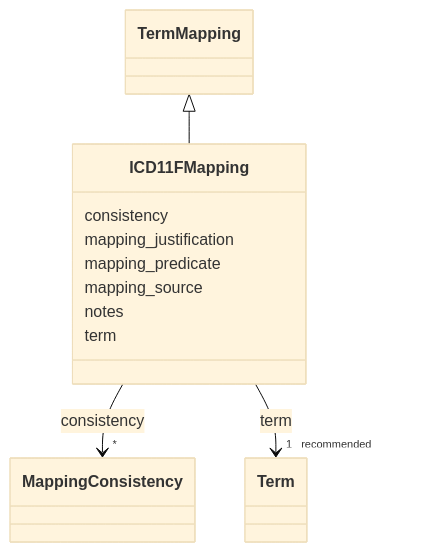
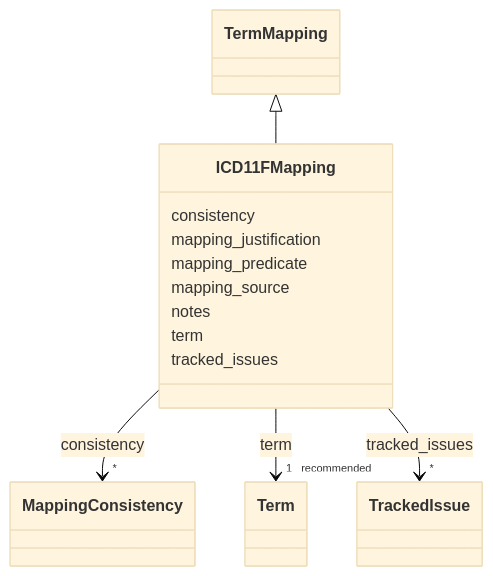
Before and after one commit to monarch-initiative/dismech: the diagram in docs/schema/classes/ICD11FMapping.md, drawn with Mermaid (base theme). The commit also changed other lines of this file and 1343 other files, not shown here.

First line of the commit message:
docs: regenerate schema docs and point design-decisions link at rendered page

````diff
--- a/docs/schema/classes/ICD11FMapping.md
+++ b/docs/schema/classes/ICD11FMapping.md
@@ -18,39 +18,50 @@
 ```mermaid
  classDiagram
     class ICD11FMapping
     click ICD11FMapping href "../../classes/ICD11FMapping/"
       TermMapping <|-- ICD11FMapping
         click TermMapping href "../../classes/TermMapping/"
       
       ICD11FMapping : consistency
         
           
     
         
         
         ICD11FMapping --> "*" MappingConsistency : consistency
         click MappingConsistency href "../../classes/MappingConsistency/"
     
 
         
       ICD11FMapping : mapping_justification
         
       ICD11FMapping : mapping_predicate
         
       ICD11FMapping : mapping_source
         
       ICD11FMapping : notes
         
       ICD11FMapping : term
         
           
     
         
         
         ICD11FMapping --> "1 _recommended_" Term : term
         click Term href "../../classes/Term/"
     
 
         
+      ICD11FMapping : tracked_issues
+        
+          
+    
+        
+        
+        ICD11FMapping --> "*" TrackedIssue : tracked_issues
+        click TrackedIssue href "../../classes/TrackedIssue/"
+    
+
+        
       
 ```
````
